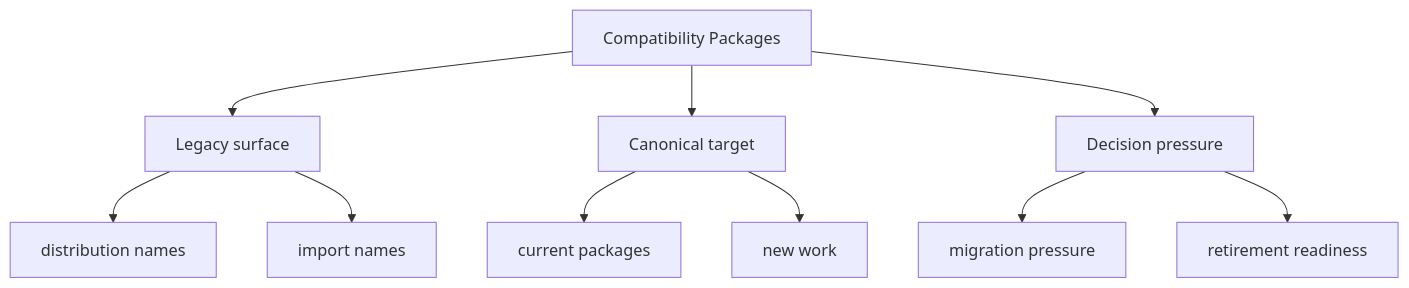
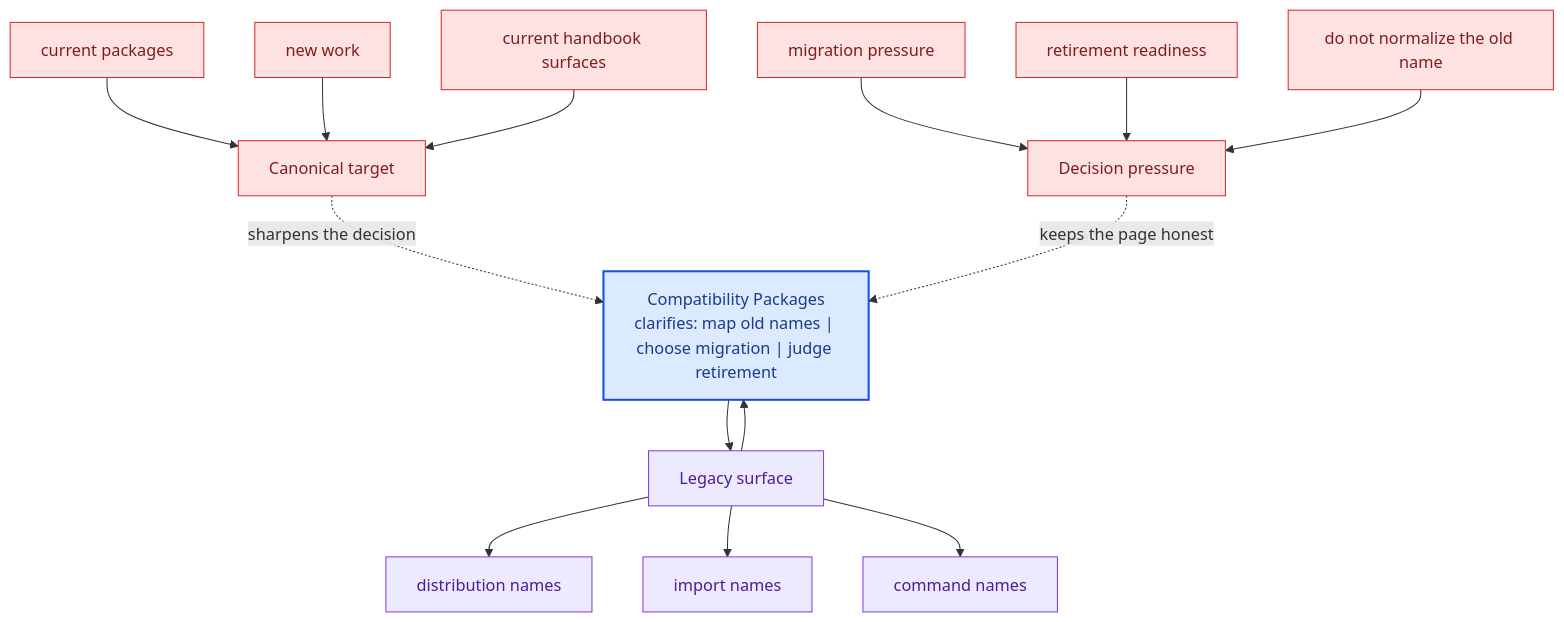
One commit to bijux/bijux-canon changed the second of 2 diagrams in docs/compat-packages/index.md. Above: the diagram before and after it, drawn with Mermaid. The commit also changed other lines of this file and 281 other files, not shown here.

Commit message:
docs(diagrams): deepen handbook mermaid maps across the catalog

````diff
--- a/docs/compat-packages/index.md
+++ b/docs/compat-packages/index.md
@@ -36,22 +69,40 @@
 ```mermaid
-flowchart TD
-    page["Compatibility Packages"]
+flowchart TB
+    promise["Compatibility Packages<br/>clarifies: map old names | choose migration | judge retirement"]
+    classDef promise fill:#dbeafe,stroke:#1d4ed8,color:#1e3a8a,stroke-width:2px;
+    classDef driver fill:#dcfce7,stroke:#16a34a,color:#14532d;
+    classDef constraint fill:#fee2e2,stroke:#dc2626,color:#7f1d1d;
+    classDef ground fill:#ede9fe,stroke:#7c3aed,color:#4c1d95;
     focus1["Legacy surface"]
-    page --> focus1
+    focus1 --> promise
+    promise --> focus1
     focus1_1["distribution names"]
     focus1 --> focus1_1
     focus1_2["import names"]
     focus1 --> focus1_2
+    focus1_3["command names"]
+    focus1 --> focus1_3
+    class focus1 ground;
+    class focus1_1,focus1_2,focus1_3 ground;
     focus2["Canonical target"]
-    page --> focus2
+    focus2 -.sharpens the decision.-> promise
     focus2_1["current packages"]
-    focus2 --> focus2_1
+    focus2_1 --> focus2
     focus2_2["new work"]
-    focus2 --> focus2_2
+    focus2_2 --> focus2
+    focus2_3["current handbook surfaces"]
+    focus2_3 --> focus2
+    class focus2 constraint;
+    class focus2_1,focus2_2,focus2_3 constraint;
     focus3["Decision pressure"]
-    page --> focus3
+    focus3 -.keeps the page honest.-> promise
     focus3_1["migration pressure"]
-    focus3 --> focus3_1
+    focus3_1 --> focus3
     focus3_2["retirement readiness"]
-    focus3 --> focus3_2
+    focus3_2 --> focus3
+    focus3_3["do not normalize the old name"]
+    focus3_3 --> focus3
+    class focus3 constraint;
+    class focus3_1,focus3_2,focus3_3 constraint;
+    class promise promise;
 ```
````
